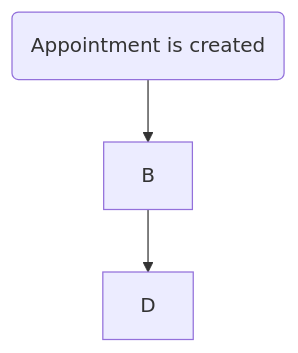
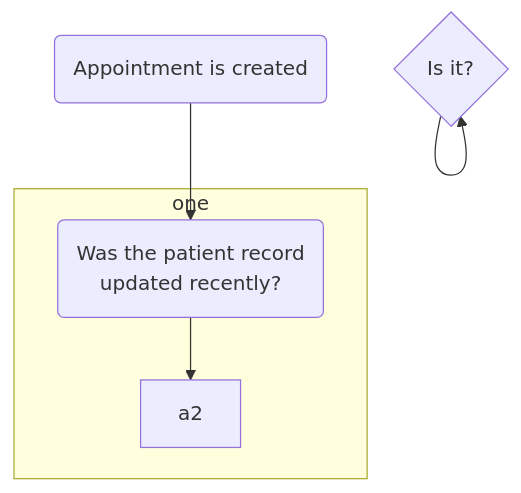
Before and after one commit to oleksii-nikolaienko/Eitri_OpenDIPS: the diagram in Flow.md, drawn with Mermaid.

````diff
--- a/Flow.md
+++ b/Flow.md
@@ -1,5 +1,8 @@
 ```mermaid
   graph TD;
-      create_appoint(Appointment is created)-->B;
-      B-->D;
+      create_appoint(Appointment is created)-->when_updated(Was the patient record\nupdated recently?);
+      subgraph one
+        when_updated-->a2
+      end
+      B-->B{Is it?};
 ```
````
